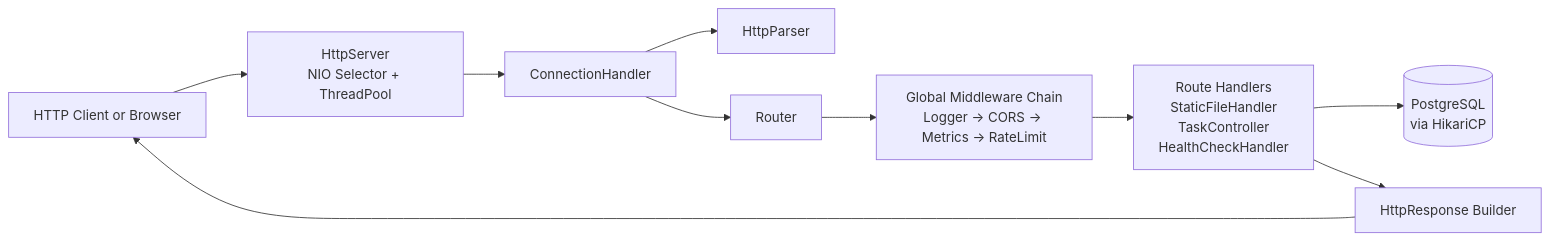
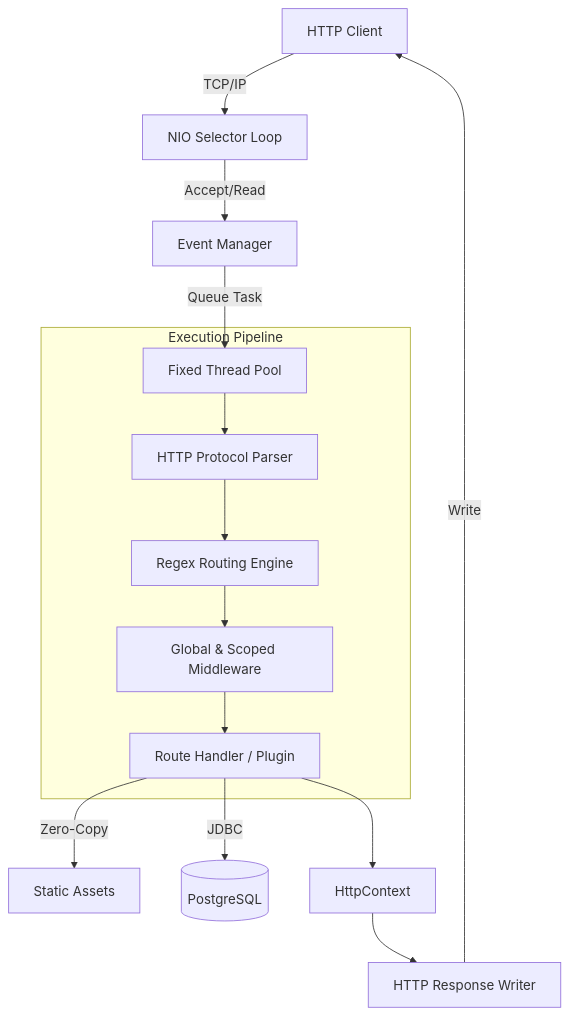
Before and after one commit to jhanvi857/coreHTTP: the first of 2 diagrams in README.md, drawn with Mermaid. The commit also changed other lines of this file, not shown here.

````diff
--- a/README.md
+++ b/README.md
@@ -47,22 +11,20 @@
 ```mermaid
-flowchart LR
-    client[HTTP Client or Browser]
-    server[HttpServer\nNIO Selector + ThreadPool]
-    handler[ConnectionHandler]
-    parser[HttpParser]
-    router[Router]
-    middleware[Global Middleware Chain\nLogger -> CORS -> Metrics -> RateLimit]
-    endpoints[Route Handlers\nStaticFileHandler\nTaskController\nHealthCheckHandler]
-    protocol[HttpResponse Builder]
-    db[(PostgreSQL\nvia HikariCP)]
-
-    client --> server
-    server --> handler
-    handler --> parser
-    handler --> router
-    router --> middleware
-    middleware --> endpoints
-    endpoints --> db
-    endpoints --> protocol
-    protocol --> client
+graph TD
+    Client[HTTP Client] -->|TCP/IP| Selector[NIO Selector Loop]
+    Selector -->|Accept/Read| EventManager[Event Manager]
+    EventManager -->|Queue Task| WorkerPool[Fixed Thread Pool]
+    
+    subgraph Execution Pipeline
+        WorkerPool --> Parser[HTTP Protocol Parser]
+        Parser --> Router[Regex Routing Engine]
+        Router --> MiddlewareChain[Global & Scoped Middleware]
+        MiddlewareChain --> Handler[Route Handler / Plugin]
+    end
+    
+    Handler -->|Zero-Copy| FileSystem[Static Assets]
+    Handler -->|JDBC| Database[(PostgreSQL)]
+    
+    Handler --> Context[HttpContext]
+    Context --> Responder[HTTP Response Writer]
+    Responder -->|Write| Client
 ```
````
